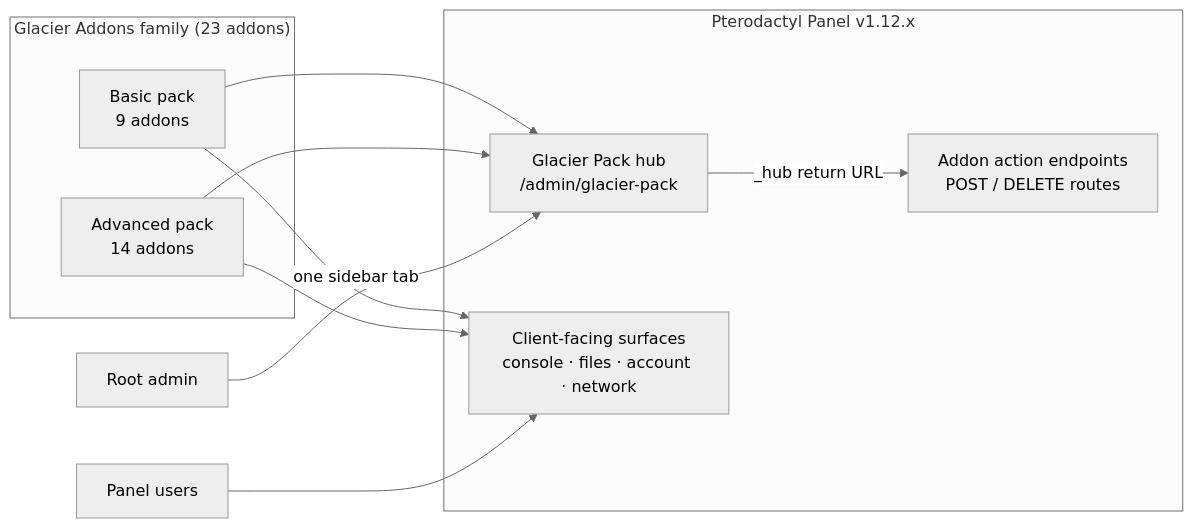
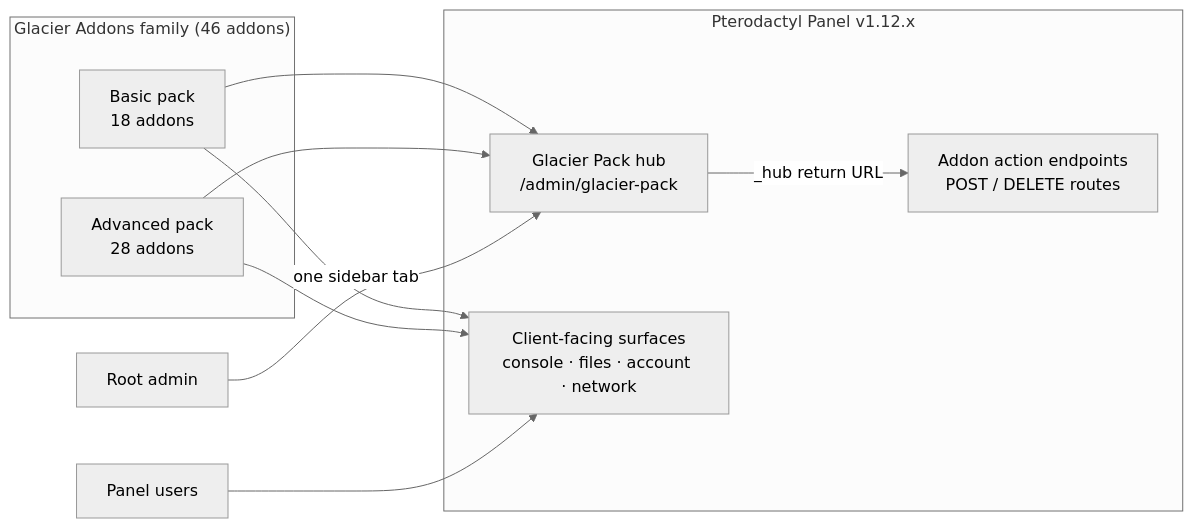
The diagram in docs/glacier-pack/index.md (AnAverageBeing/pingless-studios-docs), drawn with Mermaid (neutral theme) before and after one commit. The commit also changed other lines of this file and 434 other files, not shown here.

````diff
--- a/docs/glacier-pack/index.md
+++ b/docs/glacier-pack/index.md
@@ -21,21 +21,21 @@
 ```mermaid
 flowchart LR
-    subgraph Pack["Glacier Addons family (23 addons)"]
-        BASIC["Basic pack<br/>9 addons"]
-        ADV["Advanced pack<br/>14 addons"]
+    subgraph Pack["Glacier Addons family (46 addons)"]
+        BASIC["Basic pack<br/>18 addons"]
+        ADV["Advanced pack<br/>28 addons"]
     end
 
     subgraph Panel["Pterodactyl Panel v1.12.x"]
         HUB["Glacier Pack hub<br/>/admin/glacier-pack"]
         EP["Addon action endpoints<br/>POST / DELETE routes"]
         CLIENT["Client-facing surfaces<br/>console · files · account · network"]
         BASIC --> HUB
         ADV --> HUB
         HUB -->|"_hub return URL"| EP
         BASIC --> CLIENT
         ADV --> CLIENT
     end
 
     ADMIN["Root admin"] -->|one sidebar tab| HUB
     USERS["Panel users"] --> CLIENT
 ```
````
